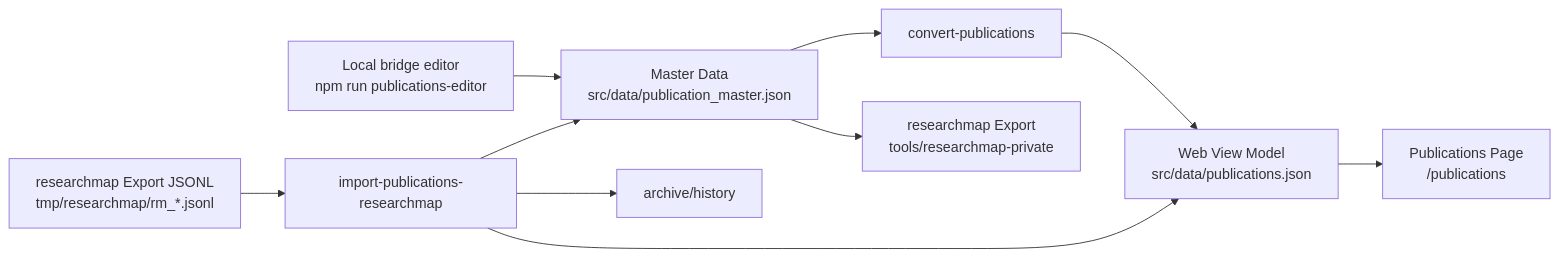
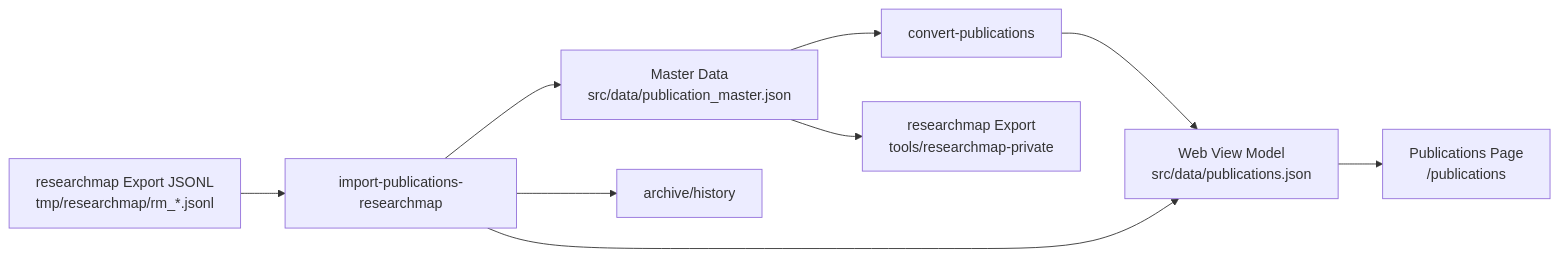
The diagram in docs/admin/publications-management.md (tomiokario/my-web-page), drawn with Mermaid before and after one commit. The commit also changed other lines of this file and 13 other files, not shown here.

````diff
--- a/docs/admin/publications-management.md
+++ b/docs/admin/publications-management.md
@@ -73,12 +44,11 @@
 ```mermaid
 flowchart LR
-    A[Local bridge editor<br/>npm run publications-editor] --> C[Master Data<br/>src/data/publication_master.json]
     I[researchmap Export JSONL<br/>tmp/researchmap/rm_*.jsonl] --> J[import-publications-researchmap]
-    J --> C
+    J --> C[Master Data<br/>src/data/publication_master.json]
     C --> D[convert-publications]
     D --> E[Web View Model<br/>src/data/publications.json]
     E --> G[Publications Page<br/>/publications]
     C --> H[researchmap Export<br/>tools/researchmap-private]
     J --> E
     J --> K[archive/history]
 ```
````
